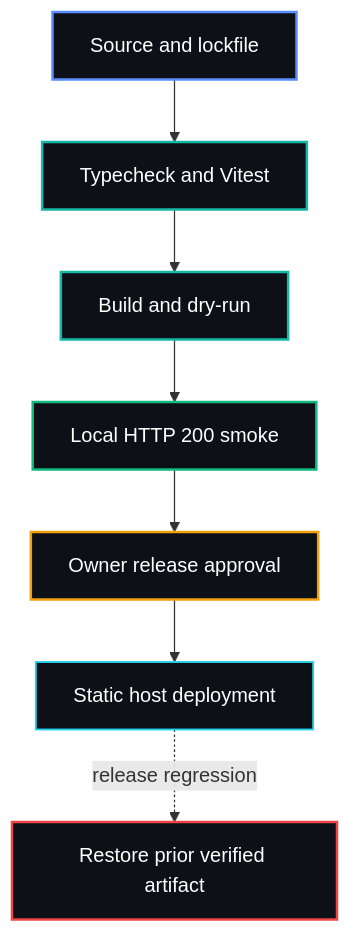
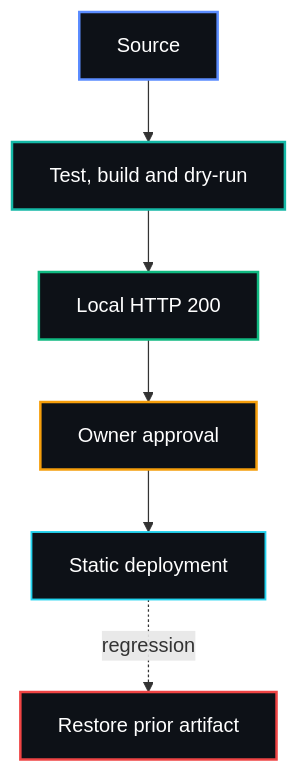
The fourth of 4 diagrams in README.md (gaffercode/Tropisipjuice), drawn with Mermaid before and after one commit. The commit also changed other lines of this file, not shown here.

Commit message:
docs: compact Tropisip diagrams and credit the collaboration

````diff
--- a/README.md
+++ b/README.md
@@ -452,30 +447,28 @@
 ```mermaid
 flowchart TB
-  SOURCE["Source and lockfile"]
-  CHECK["Typecheck and Vitest"]
-  BUILD["Build and dry-run"]
-  PREVIEW["Local HTTP 200 smoke"]
-  OWNER["Owner release approval"]
-  HOST["Static host deployment"]
-  ROLLBACK["Restore prior verified artifact"]
+  SOURCE["Source"]
+  BUILD["Test, build and dry-run"]
+  PREVIEW["Local HTTP 200"]
+  OWNER["Owner approval"]
+  HOST["Static deployment"]
+  ROLLBACK["Restore prior artifact"]
 
-  SOURCE --> CHECK
-  CHECK --> BUILD
+  SOURCE --> BUILD
   BUILD --> PREVIEW
   PREVIEW --> OWNER
   OWNER --> HOST
-  HOST -. release regression .-> ROLLBACK
+  HOST -. regression .-> ROLLBACK
 
   classDef authority fill:#0D1117,stroke:#F59E0B,color:#ffffff,stroke-width:2px;
   class OWNER authority;
   classDef control fill:#0D1117,stroke:#14B8A6,color:#ffffff,stroke-width:2px;
-  class CHECK,BUILD control;
+  class BUILD control;
   classDef core fill:#0D1117,stroke:#5B8CFF,color:#ffffff,stroke-width:2px;
   class SOURCE core;
   classDef surface fill:#0D1117,stroke:#22D3EE,color:#ffffff,stroke-width:1.5px;
   class HOST surface;
   classDef danger fill:#0D1117,stroke:#EF4444,color:#ffffff,stroke-width:2px;
   class ROLLBACK danger;
   classDef success fill:#0D1117,stroke:#10B981,color:#ffffff,stroke-width:2px;
   class PREVIEW success;
 ```
````
